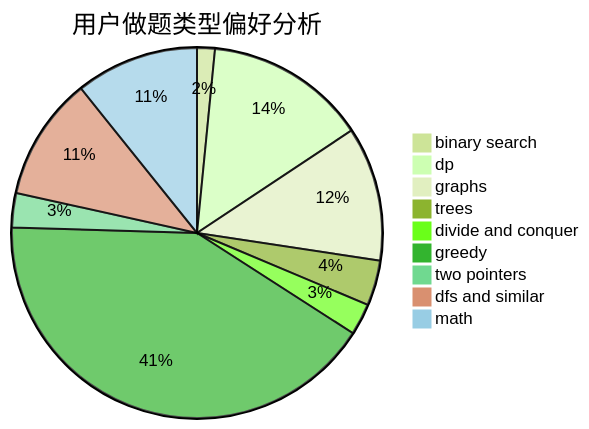
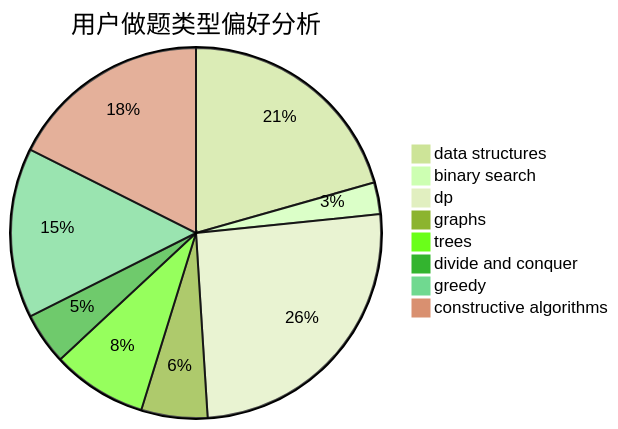
One commit to sherpahu/cfrs.github.io changed the second of 3 diagrams in docs/user/u885.md. Above: the diagram before and after it, drawn with Mermaid (forest theme). The commit also changed other lines of this file and 2775 other files, not shown here.

````diff
--- a/docs/user/u885.md
+++ b/docs/user/u885.md
@@ -23,12 +23,11 @@
 ```mermaid
 pie title 用户做题类型偏好分析
-    "binary search" :  13
-    "dp" :  118
-    "graphs" :  98
+    "data structures" :  82
+    "binary search" :  11
+    "dp" :  102
+    "graphs" :  23
     "trees" :  33
-    "divide and conquer" :  23
-    "greedy" :  346
-    "two pointers" :  25
-    "dfs and similar" :  90
-    "math" :  90
+    "divide and conquer" :  18
+    "greedy" :  59
+    "constructive algorithms" :  70
 ```
````
